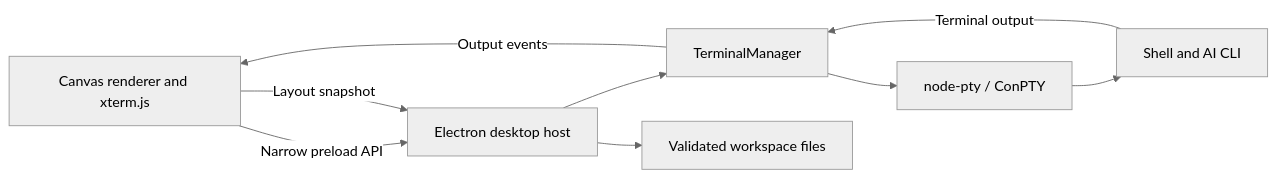
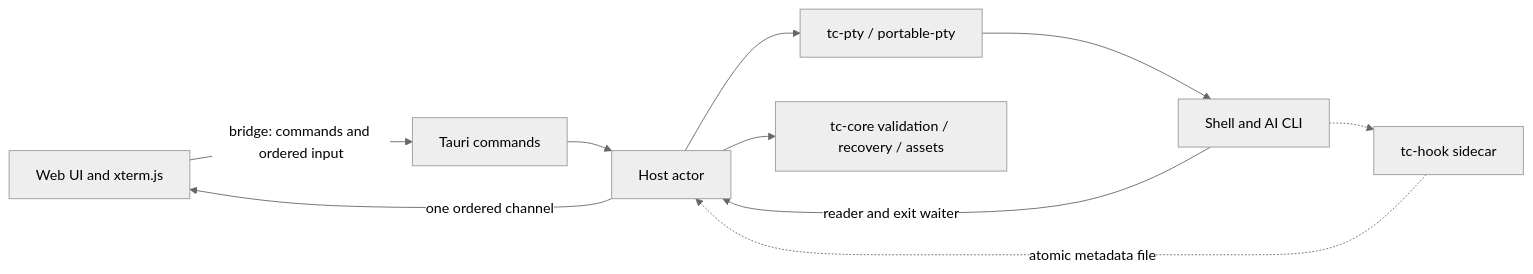
Before and after one commit to yutigi/TerminalCanvas: the diagram in docs/architecture.md, drawn with Mermaid (neutral theme). The commit also changed other lines of this file and 51 other files, not shown here.

````diff
--- a/docs/architecture.md
+++ b/docs/architecture.md
@@ -13,11 +7,12 @@
 ```mermaid
 flowchart LR
-    UI[Canvas renderer and xterm.js] -->|Narrow preload API| IPC[Electron desktop host]
-    IPC --> TM[TerminalManager]
-    TM --> PTY[node-pty / ConPTY]
+    UI[Web UI and xterm.js] -->|bridge: commands and ordered input| CMD[Tauri commands]
+    CMD --> HOST[Host actor]
+    HOST --> PTY[tc-pty / portable-pty]
     PTY --> CLI[Shell and AI CLI]
-    CLI -->|Terminal output| TM
-    TM -->|Output events| UI
-    UI -->|Layout snapshot| IPC
-    IPC --> Files[Validated workspace files]
+    CLI -->|reader and exit waiter| HOST
+    HOST -->|one ordered channel| UI
+    HOST --> CORE[tc-core validation / recovery / assets]
+    CLI -.-> HOOK[tc-hook sidecar]
+    HOOK -.->|atomic metadata file| HOST
 ```
````
